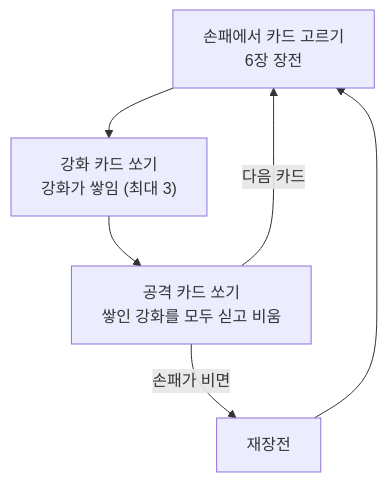
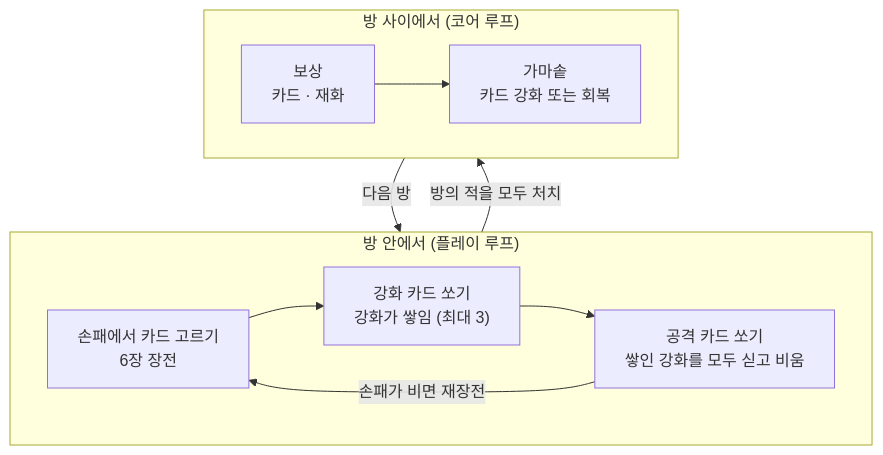
One commit to SaGiKun4/portfolio-SaGiKun4 changed the first of 13 diagrams in src/03-MagiCard/프로젝트문서.md. Above: the diagram before and after it, drawn with Mermaid. The commit also changed other lines of this file and 89 other files, not shown here.

````diff
--- a/src/03-MagiCard/프로젝트문서.md
+++ b/src/03-MagiCard/프로젝트문서.md
@@ -71,8 +45,15 @@
 ```mermaid
-flowchart TB
-    A["손패에서 카드 고르기<br/>6장 장전"] --> B["강화 카드 쏘기<br/>강화가 쌓임 (최대 3)"]
-    B --> C["공격 카드 쏘기<br/>쌓인 강화를 모두 싣고 비움"]
-    C -->|"다음 카드"| A
-    C -->|"손패가 비면"| R["재장전"]
-    R --> A
+flowchart TD
+    subgraph ROOM["방 안에서 (플레이 루프)"]
+        direction LR
+        A["손패에서 카드 고르기<br/>6장 장전"] --> B["강화 카드 쏘기<br/>강화가 쌓임 (최대 3)"]
+        B --> C["공격 카드 쏘기<br/>쌓인 강화를 모두 싣고 비움"]
+        C -->|"손패가 비면 재장전"| A
+    end
+    subgraph BETWEEN["방 사이에서 (코어 루프)"]
+        direction LR
+        D["보상<br/>카드 · 재화"] --> E["가마솥<br/>카드 강화 또는 회복"]
+    end
+    ROOM -->|"방의 적을 모두 처치"| BETWEEN
+    BETWEEN -->|"다음 방"| ROOM
 ```
````
